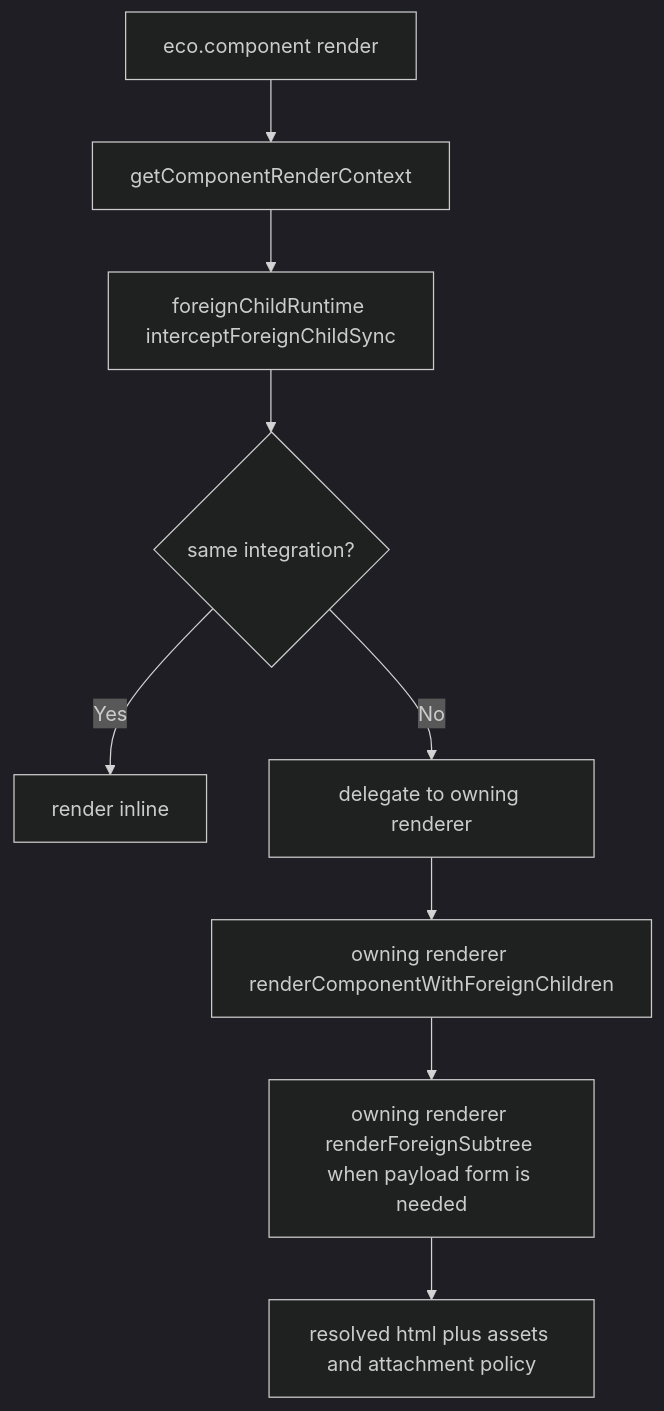
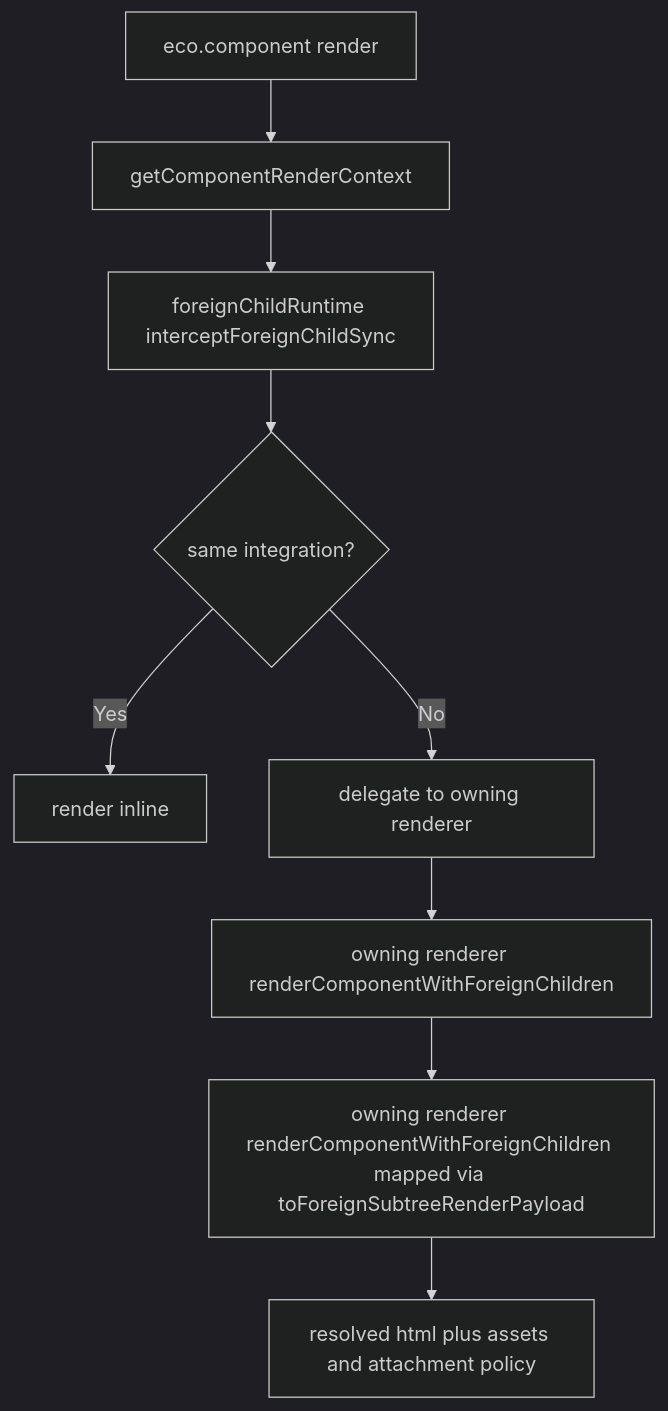
Before and after one commit to ecopages/ecopages: the third of 5 diagrams in packages/core/src/route-renderer/GRAPH.md, drawn with Mermaid (dark theme). The commit also changed other lines of this file and 27 other files, not shown here.

Commit message:
refactor(route-renderer): consolidate foreign-subtree queue and document shell

````diff
--- a/packages/core/src/route-renderer/GRAPH.md
+++ b/packages/core/src/route-renderer/GRAPH.md
@@ -72,11 +72,11 @@
 ```mermaid
 flowchart TD
   A[eco.component render] --> B[getComponentRenderContext]
   B --> C[foreignChildRuntime interceptForeignChildSync]
   C --> D{same integration?}
   D -- Yes --> E[render inline]
   D -- No --> F[delegate to owning renderer]
   F --> G[owning renderer renderComponentWithForeignChildren]
-  G --> H[owning renderer renderForeignSubtree when payload form is needed]
+  G --> H[owning renderer renderComponentWithForeignChildren mapped via toForeignSubtreeRenderPayload]
   H --> I[resolved html plus assets and attachment policy]
 ```
````
